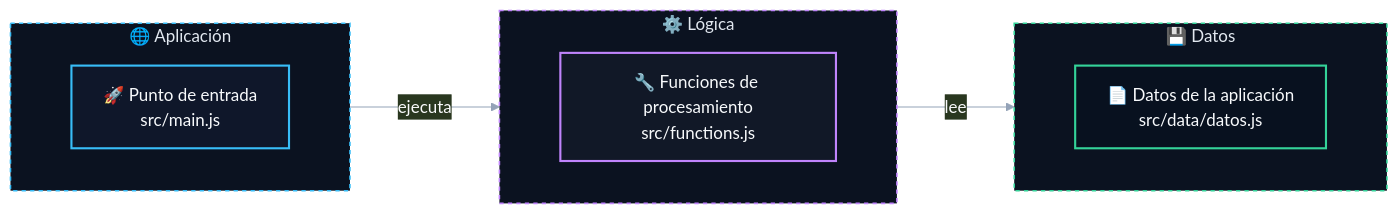
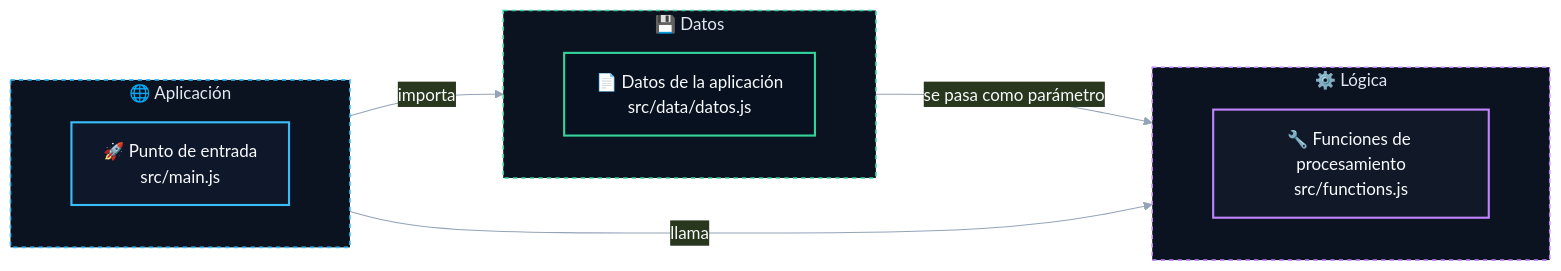
One commit to DavidTorro/BatoiBooks changed the diagram in README.md. Above: the diagram before and after it, drawn with Mermaid. The commit also changed other lines of this file, not shown here.

````diff
--- a/README.md
+++ b/README.md
@@ -31,45 +30,46 @@
 ```mermaid
 %%{init: {
     "theme": "base",
     "flowchart": { "curve": "basis", "nodeSpacing": 60, "rankSpacing": 90 },
     "themeVariables": {
         "primaryColor": "#1f2937",
         "primaryTextColor": "#f9fafb",
         "primaryBorderColor": "#60a5fa",
         "lineColor": "#94a3b8",
         "tertiaryColor": "#0f172a"
     }
 }}%%
 
 flowchart LR
     subgraph SG0["🌐 Aplicación"]
         direction LR
         app["🚀 Punto de entrada<br/>src/main.js"]
     end
 
     subgraph SG1["⚙️ Lógica"]
         direction LR
         logic["🔧 Funciones de procesamiento<br/>src/functions.js"]
     end
 
     subgraph SG2["💾 Datos"]
         direction LR
         data["📄 Datos de la aplicación<br/>src/data/datos.js"]
     end
 
-    app -- "ejecuta" --> logic
-    logic -- "lee" --> data
+    app -- "llama" --> logic
+    app -- "importa" --> data
+    data -- "se pasa como parámetro" --> logic
 
     classDef g0 fill:#0f172a,stroke:#38bdf8,color:#f8fafc,stroke-width:2px;
     class app g0;
 
     classDef g1 fill:#111827,stroke:#c084fc,color:#f8fafc,stroke-width:2px;
     class logic g1;
 
     classDef g2 fill:#08111f,stroke:#34d399,color:#f8fafc,stroke-width:2px;
     class data g2;
 
     style SG0 fill:#0b1220,stroke:#38bdf8,stroke-width:1.5px,stroke-dasharray: 4 4,color:#e2e8f0
     style SG1 fill:#0b1220,stroke:#c084fc,stroke-width:1.5px,stroke-dasharray: 4 4,color:#e2e8f0
     style SG2 fill:#0b1220,stroke:#34d399,stroke-width:1.5px,stroke-dasharray: 4 4,color:#e2e8f0
 ```
````
